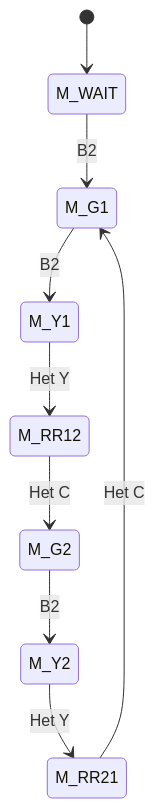
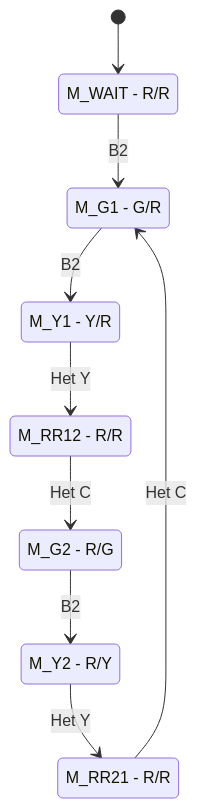
The third of 4 diagrams in docs/sprint-01/co3009-06-fsm-design.md (benhiepcse/CO3009-Traffic-Light), drawn with Mermaid before and after one commit. The commit also changed other lines of this file, not shown here.

````diff
--- a/docs/sprint-01/co3009-06-fsm-design.md
+++ b/docs/sprint-01/co3009-06-fsm-design.md
@@ -89,11 +97,18 @@
 ```mermaid
 stateDiagram-v2
+    state "M_WAIT - R/R" as M_WAIT
+    state "M_G1 - G/R" as M_G1
+    state "M_Y1 - Y/R" as M_Y1
+    state "M_RR12 - R/R" as M_RR12
+    state "M_G2 - R/G" as M_G2
+    state "M_Y2 - R/Y" as M_Y2
+    state "M_RR21 - R/R" as M_RR21
     [*] --> M_WAIT
     M_WAIT --> M_G1: B2
     M_G1 --> M_Y1: B2
     M_Y1 --> M_RR12: Het Y
     M_RR12 --> M_G2: Het C
     M_G2 --> M_Y2: B2
     M_Y2 --> M_RR21: Het Y
     M_RR21 --> M_G1: Het C
 ```
````
